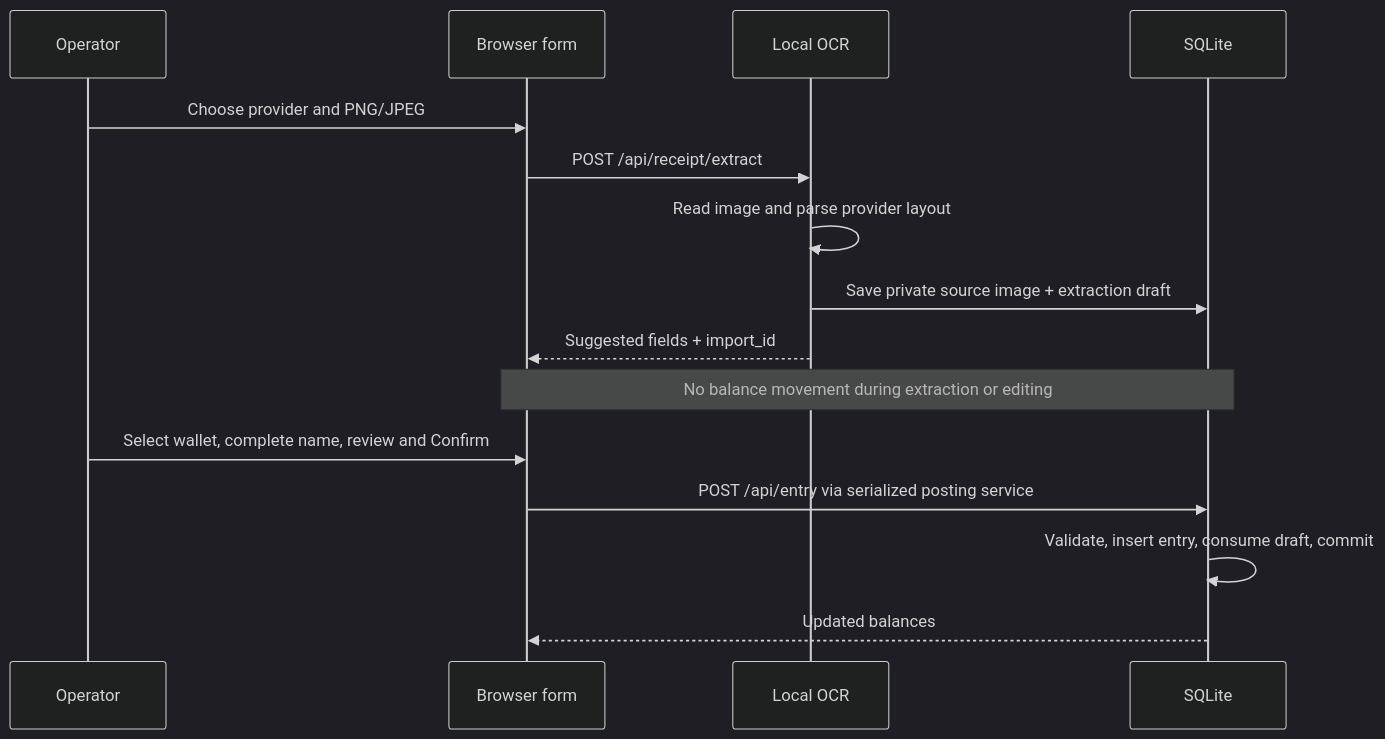
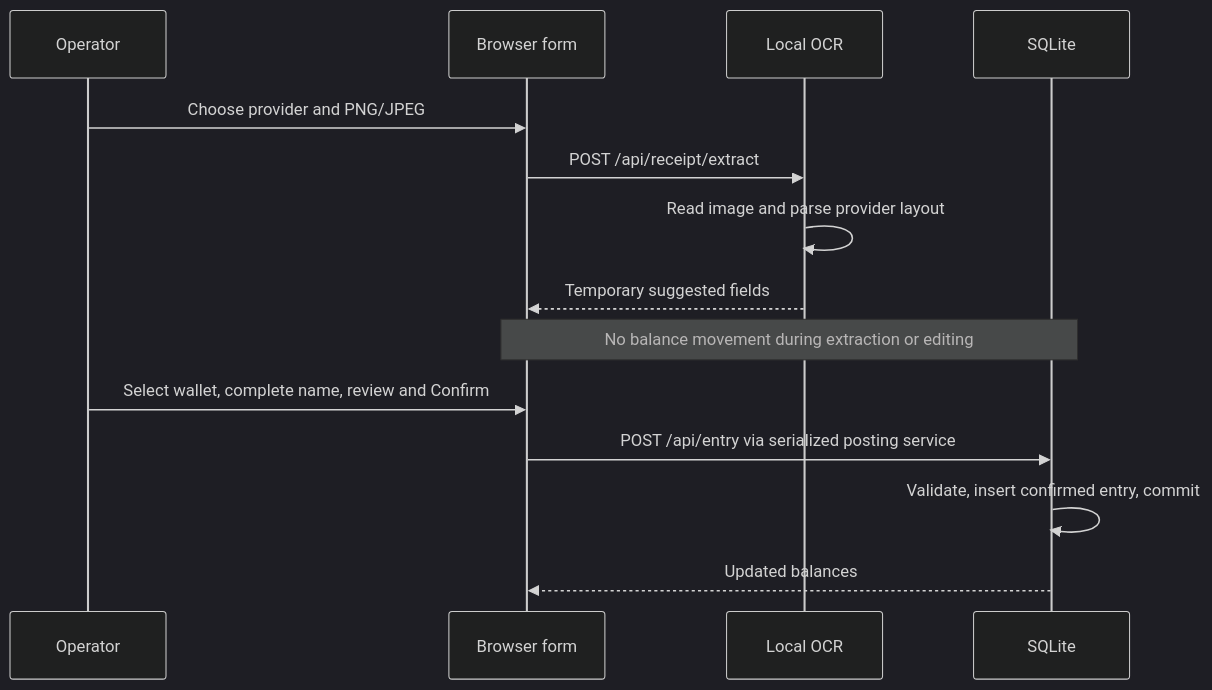
One commit to ThinzarMayMyat02/Cashier_Agent_Ledger changed the second of 2 diagrams in Developer.md. Above: the diagram before and after it, drawn with Mermaid (dark theme). The commit also changed other lines of this file and 24 other files, not shown here.

````diff
--- a/Developer.md
+++ b/Developer.md
@@ -176,17 +175,16 @@
 ```mermaid
 sequenceDiagram
     participant Operator
     participant Form as Browser form
     participant OCR as Local OCR
     participant DB as SQLite
     Operator->>Form: Choose provider and PNG/JPEG
     Form->>OCR: POST /api/receipt/extract
     OCR->>OCR: Read image and parse provider layout
-    OCR->>DB: Save private source image + extraction draft
-    OCR-->>Form: Suggested fields + import_id
+    OCR-->>Form: Temporary suggested fields
     Note over Form,DB: No balance movement during extraction or editing
     Operator->>Form: Select wallet, complete name, review and Confirm
     Form->>DB: POST /api/entry via serialized posting service
-    DB->>DB: Validate, insert entry, consume draft, commit
+    DB->>DB: Validate, insert confirmed entry, commit
     DB-->>Form: Updated balances
 ```
````
